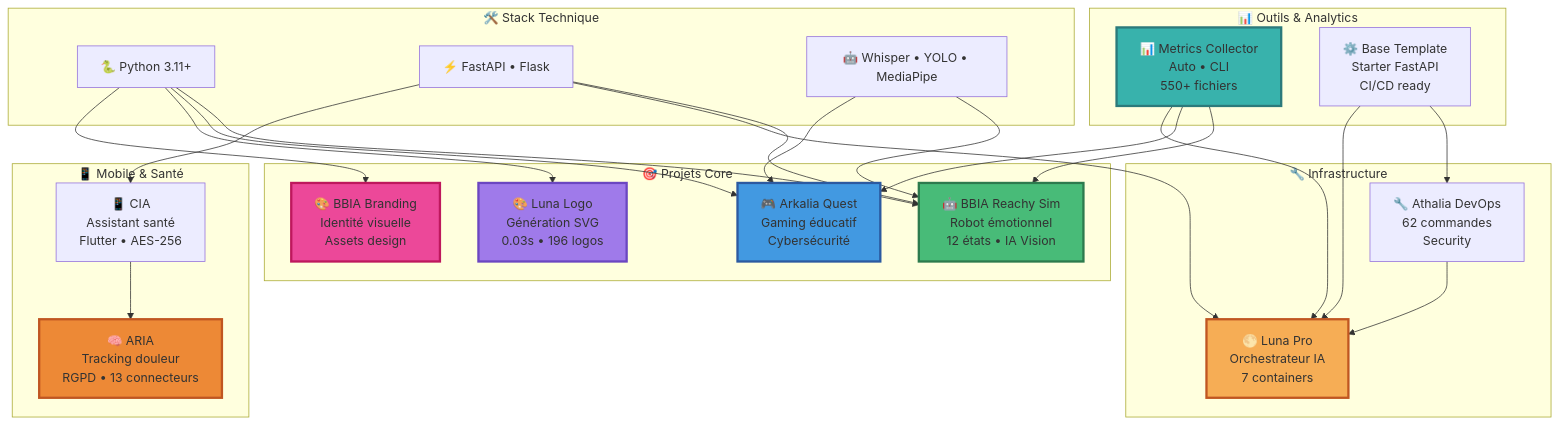
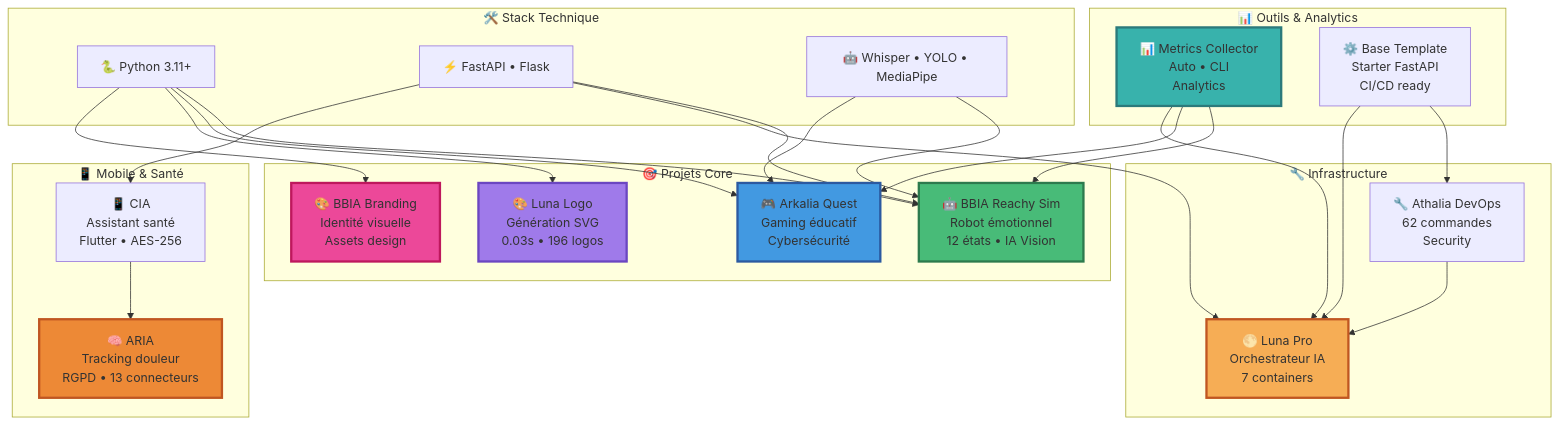
Before and after one commit to arkalia-luna-system/arkalia-luna-system: the diagram in README.md, drawn with Mermaid. The commit also changed other lines of this file and 3 other files, not shown here.

````diff
--- a/README.md
+++ b/README.md
@@ -256,60 +165,60 @@
 ```mermaid
 flowchart TB
-    subgraph stack["🛠️ Stack Technique"]
-        PYTHON["🐍 Python 3.11+"]
-        APIS["⚡ FastAPI • Flask"]
-        AI["🤖 Whisper • YOLO • MediaPipe"]
-    end
-    
-    subgraph core["🎯 Projets Core"]
-        BBIA["🤖 BBIA Reachy Sim<br/>Robot émotionnel<br/>12 états • IA Vision"]
-        QUEST["🎮 Arkalia Quest<br/>Gaming éducatif<br/>Cybersécurité"]
-        LOGO["🎨 Luna Logo<br/>Génération SVG<br/>0.03s • 196 logos"]
-        BRANDING["🎨 BBIA Branding<br/>Identité visuelle<br/>Assets design"]
-    end
-    
-    subgraph infra["🔧 Infrastructure"]
-        ATHALIA["🔧 Athalia DevOps<br/>62 commandes<br/>Security"]
-        LUNA["🌕 Luna Pro<br/>Orchestrateur IA<br/>7 containers"]
-    end
-    
-    subgraph mobile["📱 Mobile & Santé"]
-        CIA["📱 CIA<br/>Assistant santé<br/>Flutter • AES-256"]
-        ARIA["🧠 ARIA<br/>Tracking douleur<br/>RGPD • 13 connecteurs"]
-    end
-    
-    subgraph utils["📊 Outils & Analytics"]
-        METRICS["📊 Metrics Collector<br/>Auto • CLI<br/>550+ fichiers"]
-        TEMPLATE["⚙️ Base Template<br/>Starter FastAPI<br/>CI/CD ready"]
-    end
-    
-    PYTHON --> BBIA
-    PYTHON --> QUEST
-    PYTHON --> LOGO
-    PYTHON --> BRANDING
-    
-    APIS --> BBIA
-    APIS --> LUNA
-    APIS --> CIA
-    
-    AI --> BBIA
-    AI --> QUEST
-    
-    METRICS --> BBIA
-    METRICS --> QUEST
-    METRICS --> LUNA
-    
-    TEMPLATE --> ATHALIA
-    TEMPLATE --> LUNA
-    
-    ATHALIA --> LUNA
-    CIA --> ARIA
-    
-    style BBIA fill:#48bb78,stroke:#2d7a4d,stroke-width:3px
-    style QUEST fill:#4299e1,stroke:#2c5aa0,stroke-width:3px
-    style LOGO fill:#9f7aea,stroke:#6b46c1,stroke-width:3px
-    style LUNA fill:#f6ad55,stroke:#c05621,stroke-width:3px
-    style ARIA fill:#ed8936,stroke:#c05621,stroke-width:3px
-    style METRICS fill:#38b2ac,stroke:#2c7a7b,stroke-width:3px
-    style BRANDING fill:#ec4899,stroke:#be185d,stroke-width:3px
+ subgraph stack["🛠️ Stack Technique"]
+ PYTHON["🐍 Python 3.11+"]
+ APIS["⚡ FastAPI • Flask"]
+ AI["🤖 Whisper • YOLO • MediaPipe"]
+ end
+
+ subgraph core["🎯 Projets Core"]
+ BBIA["🤖 BBIA Reachy Sim<br/>Robot émotionnel<br/>12 états • IA Vision"]
+ QUEST["🎮 Arkalia Quest<br/>Gaming éducatif<br/>Cybersécurité"]
+ LOGO["🎨 Luna Logo<br/>Génération SVG<br/>0.03s • 196 logos"]
+ BRANDING["🎨 BBIA Branding<br/>Identité visuelle<br/>Assets design"]
+ end
+
+ subgraph infra["🔧 Infrastructure"]
+ ATHALIA["🔧 Athalia DevOps<br/>62 commandes<br/>Security"]
+ LUNA["🌕 Luna Pro<br/>Orchestrateur IA<br/>7 containers"]
+ end
+
+ subgraph mobile["📱 Mobile & Santé"]
+ CIA["📱 CIA<br/>Assistant santé<br/>Flutter • AES-256"]
+ ARIA["🧠 ARIA<br/>Tracking douleur<br/>RGPD • 13 connecteurs"]
+ end
+
+ subgraph utils["📊 Outils & Analytics"]
+        METRICS["📊 Metrics Collector<br/>Auto • CLI<br/>Analytics"]
+ TEMPLATE["⚙️ Base Template<br/>Starter FastAPI<br/>CI/CD ready"]
+ end
+
+ PYTHON --> BBIA
+ PYTHON --> QUEST
+ PYTHON --> LOGO
+ PYTHON --> BRANDING
+
+ APIS --> BBIA
+ APIS --> LUNA
+ APIS --> CIA
+
+ AI --> BBIA
+ AI --> QUEST
+
+ METRICS --> BBIA
+ METRICS --> QUEST
+ METRICS --> LUNA
+
+ TEMPLATE --> ATHALIA
+ TEMPLATE --> LUNA
+
+ ATHALIA --> LUNA
+ CIA --> ARIA
+
+ style BBIA fill:#48bb78,stroke:#2d7a4d,stroke-width:3px
+ style QUEST fill:#4299e1,stroke:#2c5aa0,stroke-width:3px
+ style LOGO fill:#9f7aea,stroke:#6b46c1,stroke-width:3px
+ style LUNA fill:#f6ad55,stroke:#c05621,stroke-width:3px
+ style ARIA fill:#ed8936,stroke:#c05621,stroke-width:3px
+ style METRICS fill:#38b2ac,stroke:#2c7a7b,stroke-width:3px
+ style BRANDING fill:#ec4899,stroke:#be185d,stroke-width:3px
 ```
````
